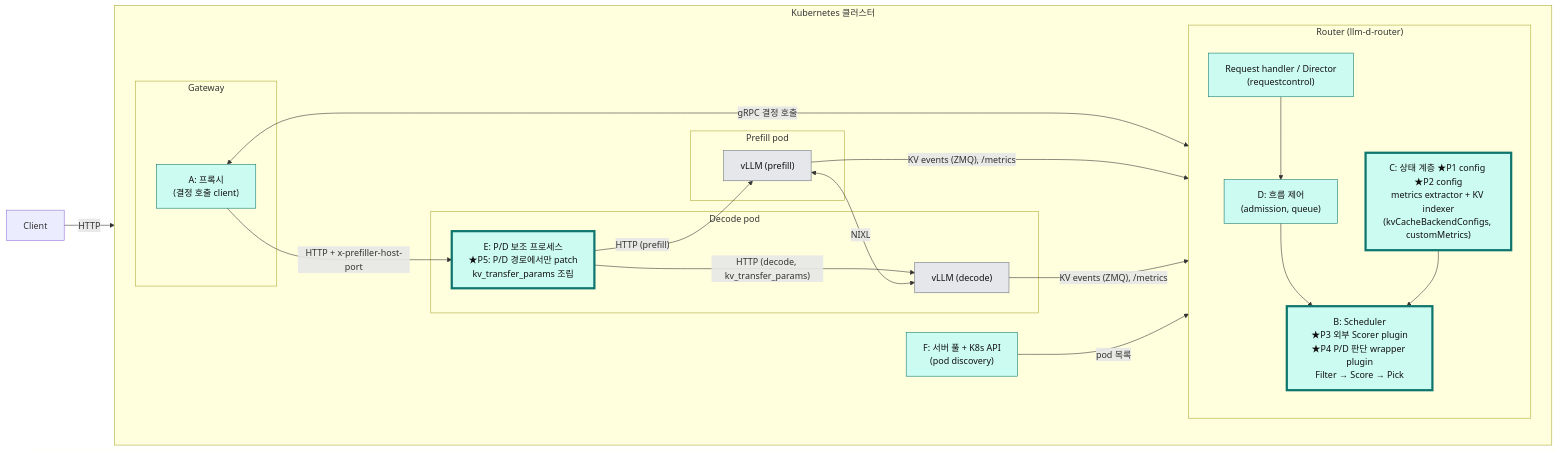
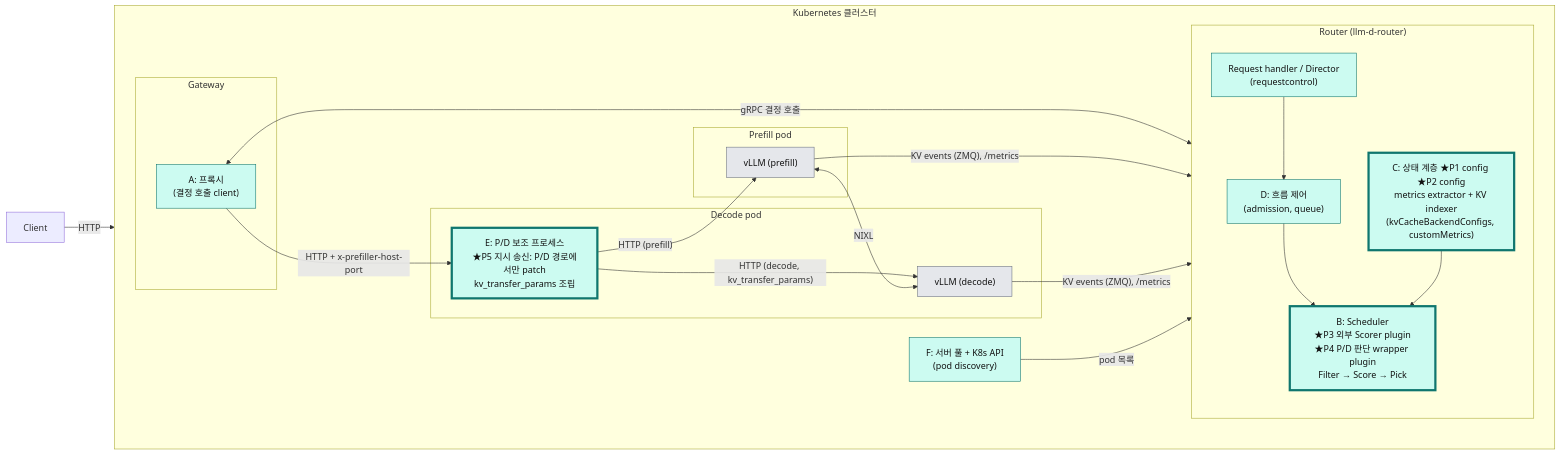
Before and after one commit to mkim0628/vllm: the second of 5 diagrams in doc-mk/DP0/dp0-request-orchestration-framework.md, drawn with Mermaid. The commit also changed other lines of this file and 2 other files, not shown here.

````diff
--- a/doc-mk/DP0/dp0-request-orchestration-framework.md
+++ b/doc-mk/DP0/dp0-request-orchestration-framework.md
@@ -302,49 +319,49 @@
 ```mermaid
 flowchart LR
     CL["Client"]
 
     subgraph K8S["Kubernetes 클러스터"]
         direction LR
         subgraph GWB["Gateway"]
             A1["A: 프록시<br/>(결정 호출 client)"]
         end
 
         subgraph RouterB["Router (llm-d-router)"]
             direction TB
             RH["Request handler / Director<br/>(requestcontrol)"]
             D1["D: 흐름 제어<br/>(admission, queue)"]
             B1["B: Scheduler<br/>★P3 외부 Scorer plugin<br/>★P4 P/D 판단 wrapper plugin<br/>Filter → Score → Pick"]
             C1["C: 상태 계층 ★P1 config ★P2 config<br/>metrics extractor + KV indexer<br/>(kvCacheBackendConfigs, customMetrics)"]
             RH --> D1 --> B1
             C1 --> B1
         end
 
         F1["F: 서버 풀 + K8s API<br/>(pod discovery)"]
 
         subgraph DPOD["Decode pod"]
-            E1["E: P/D 보조 프로세스<br/>★P5: P/D 경로에서만 patch<br/>kv_transfer_params 조립"]
+            E1["E: P/D 보조 프로세스<br/>★P5 지시 송신: P/D 경로에서만 patch<br/>kv_transfer_params 조립"]
             VD["vLLM (decode)"]
         end
 
         subgraph PPOD["Prefill pod"]
             VP["vLLM (prefill)"]
         end
     end
 
     CL -->|"HTTP"| A1
     A1 <-->|"gRPC 결정 호출"| RH
     A1 -->|"HTTP + x-prefiller-host-port"| E1
     E1 -->|"HTTP (prefill)"| VP
     E1 -->|"HTTP (decode, kv_transfer_params)"| VD
     VP <-->|"NIXL"| VD
     VP -->|"KV events (ZMQ), /metrics"| C1
     VD -->|"KV events (ZMQ), /metrics"| C1
     F1 -->|"pod 목록"| C1
 
     classDef oss fill:#ccfbf1,stroke:#0f766e,color:#111;
     classDef ours fill:#ccfbf1,stroke:#0f766e,stroke-width:4px,color:#111;
     classDef fixed fill:#e5e7eb,stroke:#6b7280,color:#111;
     class A1,RH,D1,F1 oss;
     class B1,C1,E1 ours;
     class VD,VP fixed;
 ```
````
